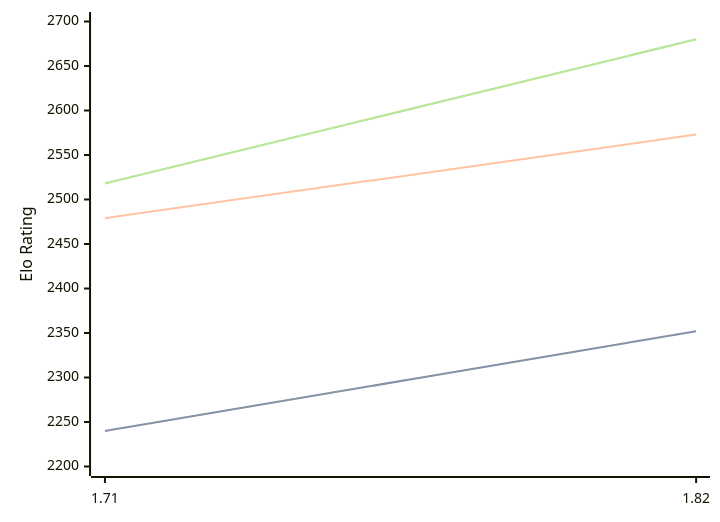
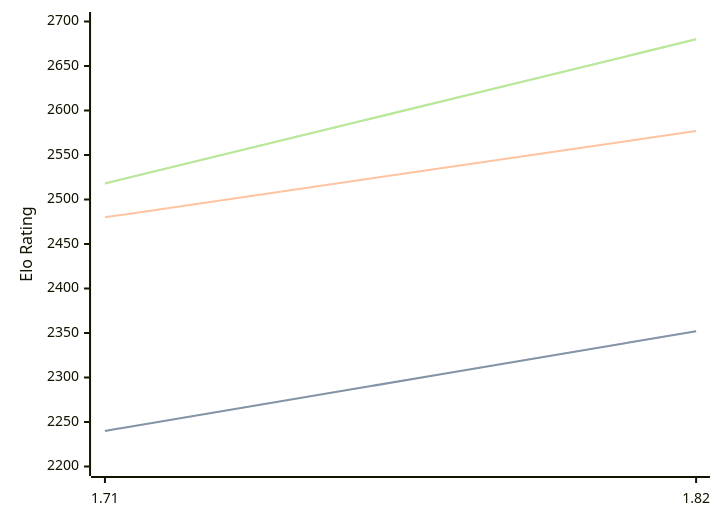
The diagram in engines/Amira.md (computer-chess-index/cci), drawn with Mermaid before and after one commit. The commit also changed other lines of this file, not shown here.

````diff
--- a/engines/Amira.md
+++ b/engines/Amira.md
@@ -32,11 +32,11 @@
 ```mermaid
 %%{init: {"theme":"base","themeVariables":{"seriesColors:['#a3a3a3','#222221','#faa371']}}}%%
 xychart-beta
   x-axis ["1.71", "1.82"]
   y-axis "Elo Rating" 2200 --> 2700
   line "STC (8.0+0.08s)" [2240, 2352]
   line "STC (8.0+0.08s)" [2240, 2352]
-  line "LTC (60.0+0.60s)" [2479, 2573]
+  line "LTC (60.0+0.60s)" [2480, 2577]
   line "VLTC (2m24s+1.12s)" [2518, 2680]
   line "VLTC (2m24s+1.12s)" [2518, 2680]
 ```
````
